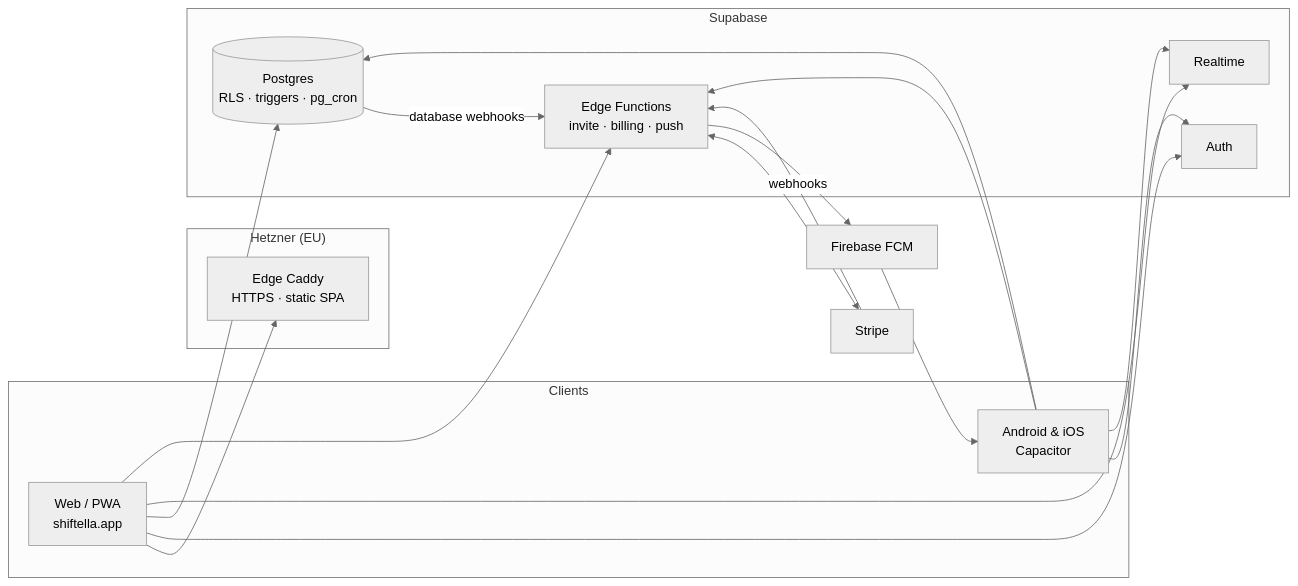
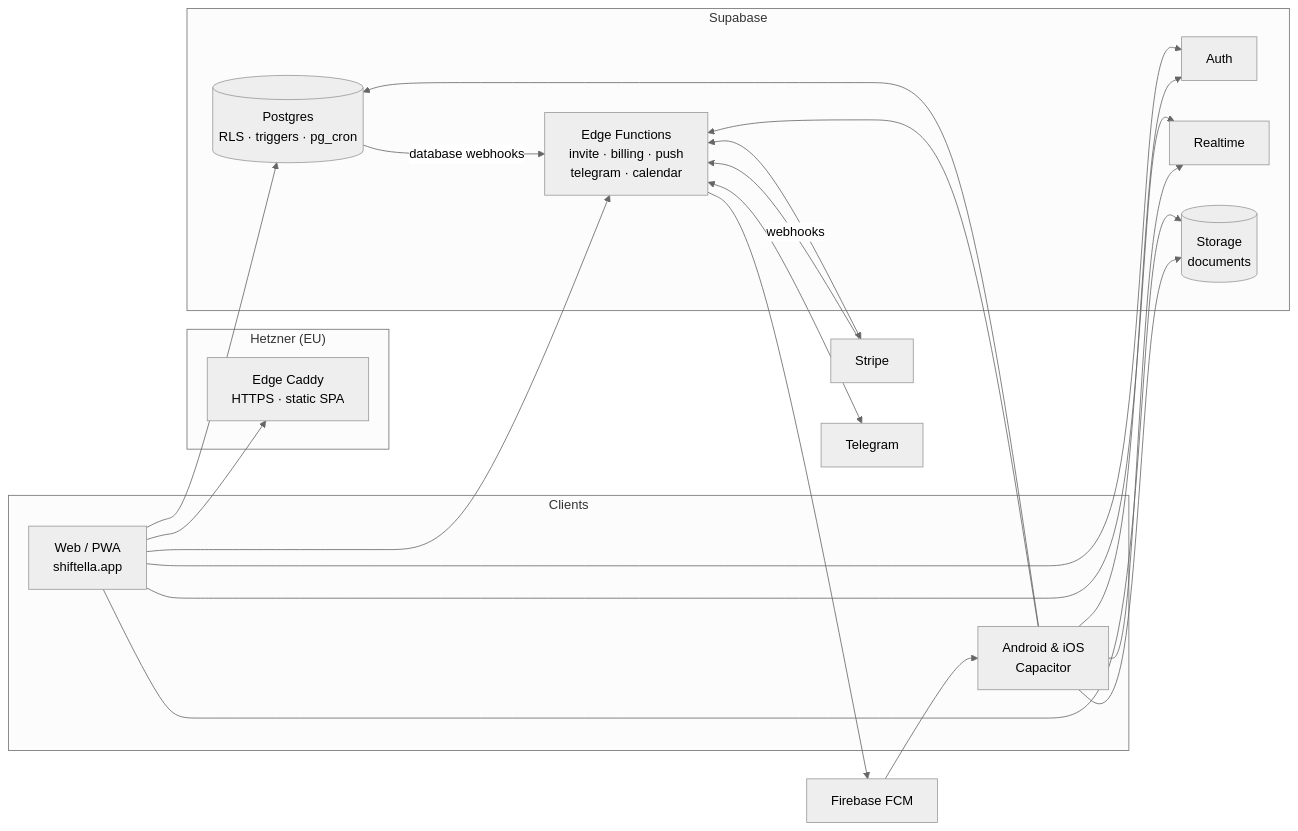
One commit to NnnotAnwar/shiftella-app changed the diagram in README.md. Above: the diagram before and after it, drawn with Mermaid (neutral theme). The commit also changed other lines of this file, not shown here.

````diff
--- a/README.md
+++ b/README.md
@@ -373,23 +428,26 @@
 ```mermaid
 flowchart LR
   subgraph Clients
     W[Web / PWA<br/>shiftella.app]
     A[Android & iOS<br/>Capacitor]
   end
   subgraph Hetzner["Hetzner (EU)"]
     C[Edge Caddy<br/>HTTPS · static SPA]
   end
   subgraph Supabase
     DB[(Postgres<br/>RLS · triggers · pg_cron)]
     AU[Auth]
     RT[Realtime]
-    EF[Edge Functions<br/>invite · billing · push]
+    ST[(Storage<br/>documents)]
+    EF[Edge Functions<br/>invite · billing · push<br/>telegram · calendar]
   end
   S[Stripe]
   F[Firebase FCM]
+  T[Telegram]
   W --> C
-  W & A --> AU & DB & RT & EF
+  W & A --> AU & DB & RT & EF & ST
   EF <--> S
   S -- webhooks --> EF
   DB -- database webhooks --> EF --> F --> A
+  EF <--> T
 ```
````
